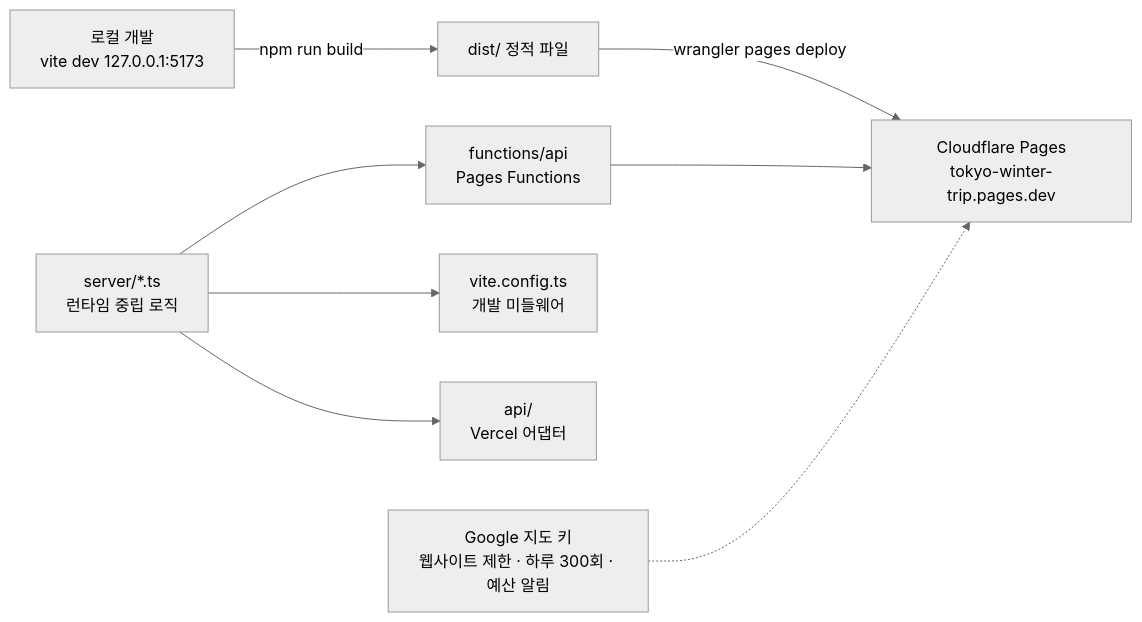
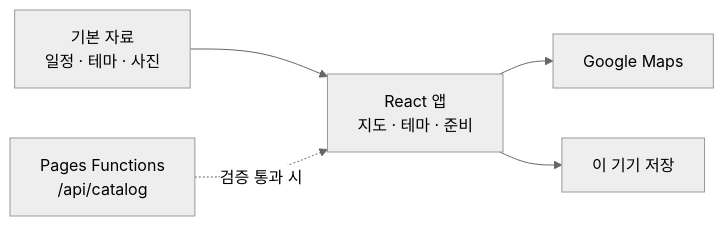
Before and after one commit to researcherhojin/tokyo-winter-trip: the first of 2 diagrams in README.md, drawn with Mermaid (neutral theme). The commit also changed other lines of this file and 6 other files, not shown here.

````diff
--- a/README.md
+++ b/README.md
@@ -98,10 +39,7 @@
 ```mermaid
 flowchart LR
-  Dev["로컬 개발<br/>vite dev 127.0.0.1:5173"] -->|npm run build| Dist[dist/ 정적 파일]
-  Dist -->|wrangler pages deploy| CF["Cloudflare Pages<br/>tokyo-winter-trip.pages.dev"]
-  Fn["functions/api<br/>Pages Functions"] --> CF
-  Srv["server/*.ts<br/>런타임 중립 로직"] --> Fn
-  Srv --> Vite["vite.config.ts<br/>개발 미들웨어"]
-  Srv --> Vercel["api/<br/>Vercel 어댑터"]
-  Key["Google 지도 키<br/>웹사이트 제한 · 하루 300회 · 예산 알림"] -.-> CF
+  Data["기본 자료<br/>일정 · 테마 · 사진"] --> App["React 앱<br/>지도 · 테마 · 준비"]
+  API["Pages Functions<br/>/api/catalog"] -.->|검증 통과 시| App
+  App --> Maps["Google Maps"]
+  App --> Local["이 기기 저장"]
 ```
````
